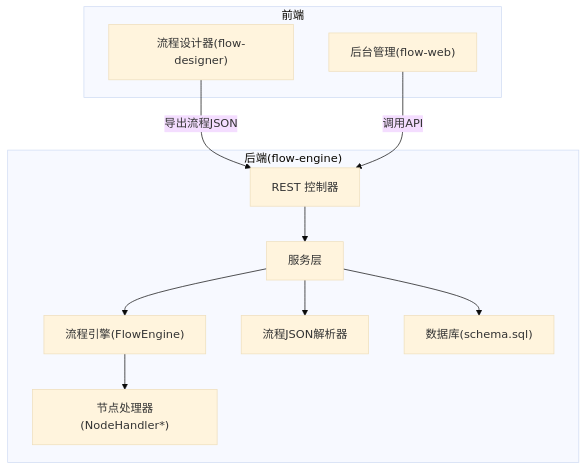
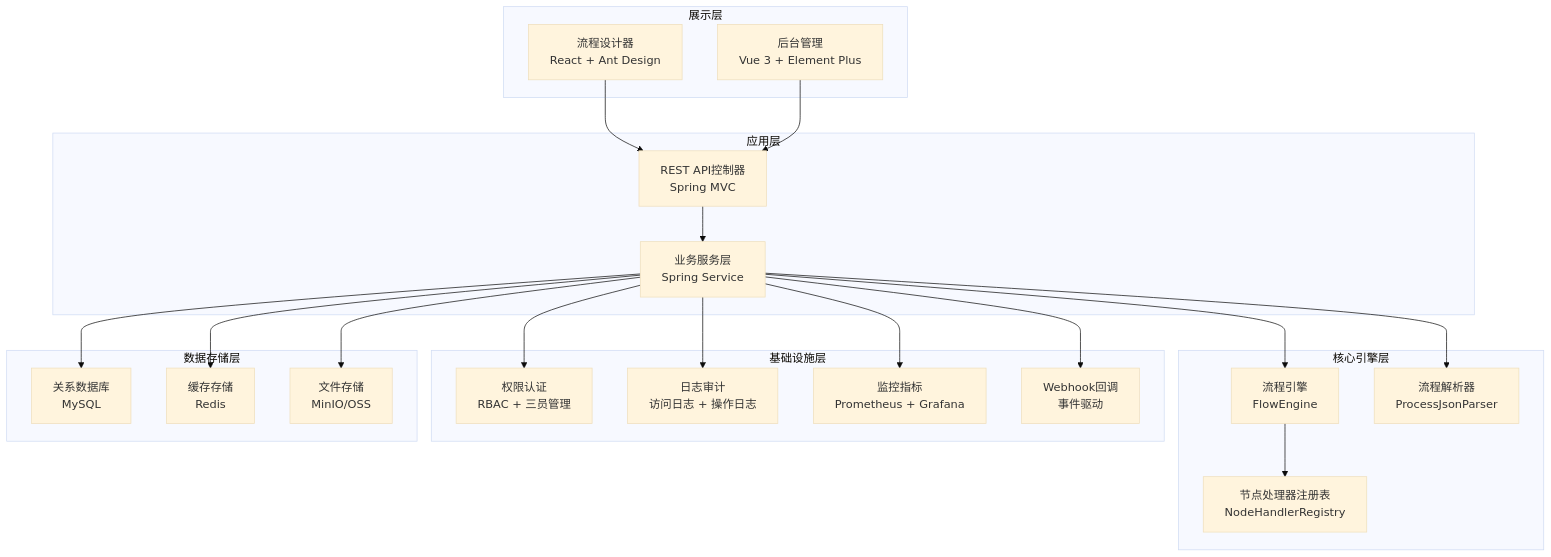
Before and after one commit to liming-lihaini/workflow: the first of 8 diagrams in .qoder/repowiki/zh/content/项目概述/项目介绍与特性.md, drawn with Mermaid (base theme). The commit also changed other lines of this file and 38 other files, not shown here.

````diff
--- a/.qoder/repowiki/zh/content/项目概述/项目介绍与特性.md
+++ b/.qoder/repowiki/zh/content/项目概述/项目介绍与特性.md
@@ -69,22 +109,40 @@
 ```mermaid
 graph TB
-subgraph "前端"
-FD["流程设计器(flow-designer)"]
-FW["后台管理(flow-web)"]
+subgraph "展示层"
+FD["流程设计器<br/>React + Ant Design"]
+FW["后台管理<br/>Vue 3 + Element Plus"]
 end
-subgraph "后端(flow-engine)"
-API["REST 控制器"]
-SVC["服务层"]
-ENG["流程引擎(FlowEngine)"]
-NH["节点处理器(NodeHandler*)"]
-PARSER["流程JSON解析器"]
-DB["数据库(schema.sql)"]
+subgraph "应用层"
+API["REST API控制器<br/>Spring MVC"]
+SVC["业务服务层<br/>Spring Service"]
 end
-FD --> |导出流程JSON| API
-FW --> |调用API| API
+subgraph "核心引擎层"
+ENG["流程引擎<br/>FlowEngine"]
+NH["节点处理器注册表<br/>NodeHandlerRegistry"]
+PAR["流程解析器<br/>ProcessJsonParser"]
+end
+subgraph "基础设施层"
+AUTH["权限认证<br/>RBAC + 三员管理"]
+LOG["日志审计<br/>访问日志 + 操作日志"]
+MON["监控指标<br/>Prometheus + Grafana"]
+WEBHOOK["Webhook回调<br/>事件驱动"]
+end
+subgraph "数据存储层"
+DB["关系数据库<br/>MySQL"]
+CACHE["缓存存储<br/>Redis"]
+FILE["文件存储<br/>MinIO/OSS"]
+end
+FD --> API
+FW --> API
 API --> SVC
 SVC --> ENG
 ENG --> NH
-SVC --> PARSER
+SVC --> PAR
+SVC --> AUTH
+SVC --> LOG
+SVC --> MON
+SVC --> WEBHOOK
 SVC --> DB
+SVC --> CACHE
+SVC --> FILE
 ```
````
